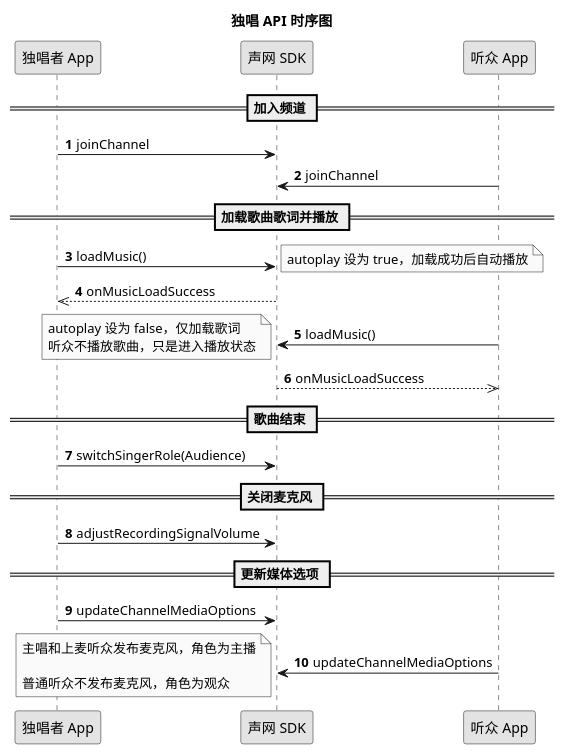
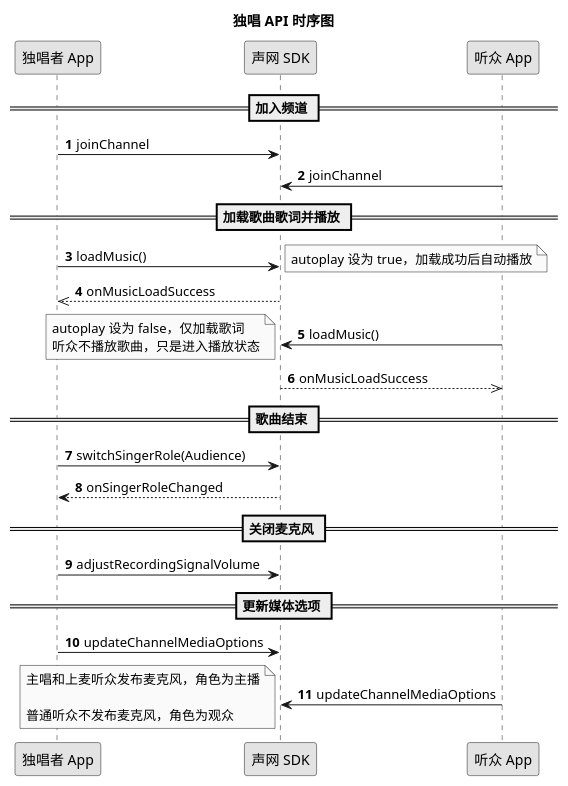
The diagram in markdown/online-ktv/改进/场景化方案/Android/实现文档/独唱.wsd (AgoraIO/agora_doc_source), drawn with PlantUML before and after one commit. The commit also changed 3 other files, not shown here.

```diff
--- a/markdown/online-ktv/改进/场景化方案/Android/实现文档/独唱.wsd
+++ b/markdown/online-ktv/改进/场景化方案/Android/实现文档/独唱.wsd
@@ -1,35 +1,36 @@
 @startuml
 title 独唱 API 时序图
 autonumber
 skinparam monochrome true
 participant "独唱者 App" as a
 participant "声网 SDK" as b
 participant "听众 App" as c
 == 加入频道 ==
 a -> b: joinChannel
 c -> b: joinChannel
 == 加载歌曲歌词并播放 ==
 a -> b: loadMusic()
 note right
 autoplay 设为 true，加载成功后自动播放
 end note
 b -->> a: onMusicLoadSuccess
 c -> b: loadMusic()
 note left
 autoplay 设为 false，仅加载歌词
 听众不播放歌曲，只是进入播放状态
 end note
 b -->> c: onMusicLoadSuccess
 == 歌曲结束 ==
 a -> b: switchSingerRole(Audience)
+b --> a:onSingerRoleChanged
 == 关闭麦克风 ==
 a -> b: adjustRecordingSignalVolume
 == 更新媒体选项 ==
 a -> b: updateChannelMediaOptions
 c -> b: updateChannelMediaOptions
 note left
 主唱和上麦听众发布麦克风，角色为主播
 
 普通听众不发布麦克风，角色为观众
 end note
 @enduml
```
